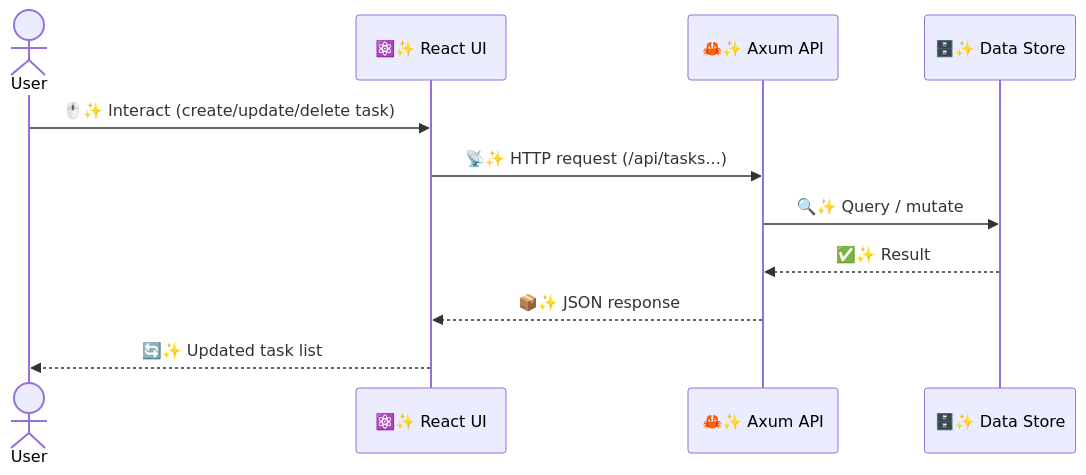
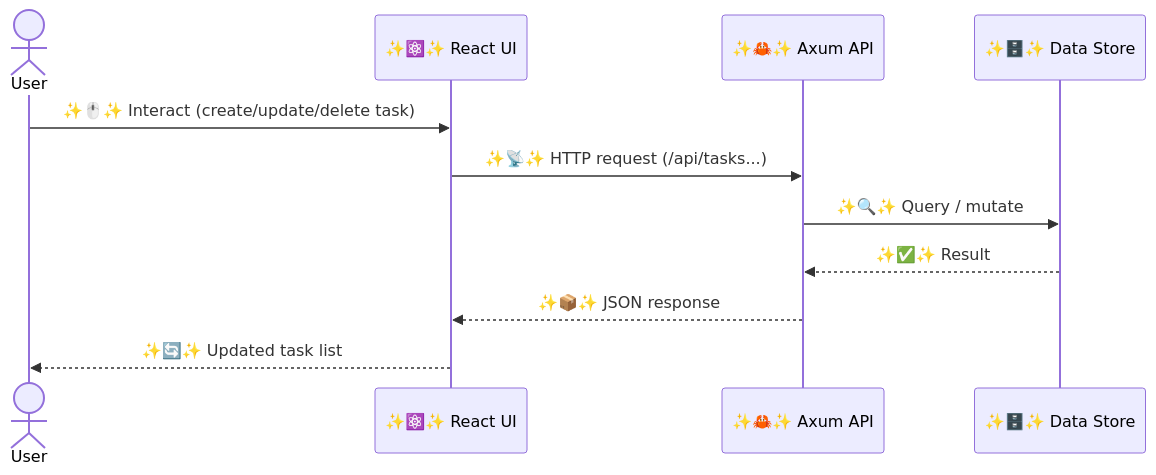
The second of 2 diagrams in README.md (leachj/test), drawn with Mermaid before and after one commit. The commit also changed other lines of this file, not shown here.

Commit message:
docs: sparkle up the diagrams even more

````diff
--- a/README.md
+++ b/README.md
@@ -36,14 +36,14 @@
 ```mermaid
 sequenceDiagram
     actor User
-    participant UI as ⚛️✨ React UI
-    participant API as 🦀✨ Axum API
-    participant DB as 🗄️✨ Data Store
+    participant UI as ✨⚛️✨ React UI
+    participant API as ✨🦀✨ Axum API
+    participant DB as ✨🗄️✨ Data Store
 
-    User->>UI: 🖱️✨ Interact (create/update/delete task)
-    UI->>API: 📡✨ HTTP request (/api/tasks...)
-    API->>DB: 🔍✨ Query / mutate
-    DB-->>API: ✅✨ Result
-    API-->>UI: 📦✨ JSON response
-    UI-->>User: 🔄✨ Updated task list
+    User->>UI: ✨🖱️✨ Interact (create/update/delete task)
+    UI->>API: ✨📡✨ HTTP request (/api/tasks...)
+    API->>DB: ✨🔍✨ Query / mutate
+    DB-->>API: ✨✅✨ Result
+    API-->>UI: ✨📦✨ JSON response
+    UI-->>User: ✨🔄✨ Updated task list
 ```
````
